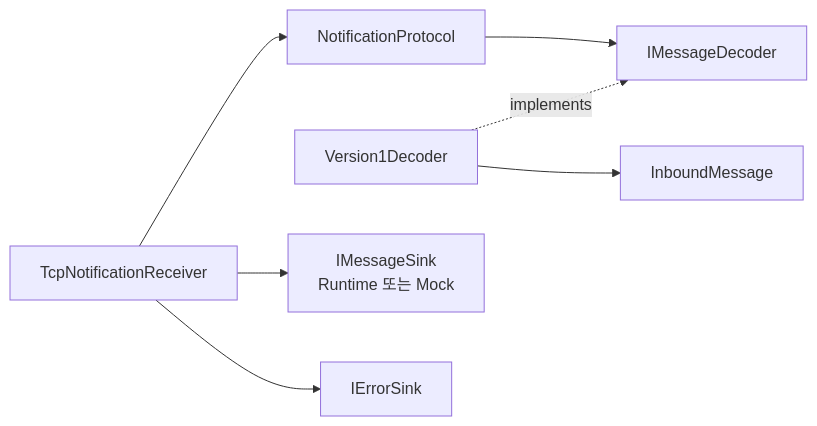
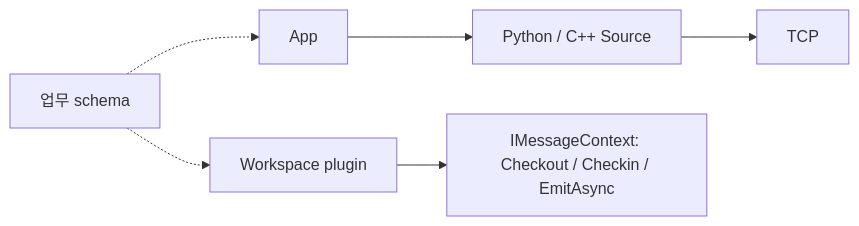
Before and after one commit to south-hive/project-dsn: the first of 6 diagrams in docs/05-component-design.md, drawn with Mermaid. The commit also changed other lines of this file and 69 other files, not shown here.

````diff
--- a/docs/05-component-design.md
+++ b/docs/05-component-design.md
@@ -13,9 +9,7 @@
 ```mermaid
 flowchart LR
-    R["TcpNotificationReceiver"] --> P["NotificationProtocol"]
-    P --> I["IMessageDecoder"]
-    D["Version1Decoder"] -. "implements" .-> I
-    D --> M["InboundMessage"]
-    R --> C["IMessageSink<br/>Runtime 또는 Mock"]
-    R --> E["IErrorSink"]
+    App --> SDK["Python / C++ Source"] --> TCP
+    Payload["업무 schema"] -.-> App
+    Payload -.-> W["Workspace plugin"]
+    W --> C["IMessageContext: Checkout / Checkin / EmitAsync"]
 ```
````
